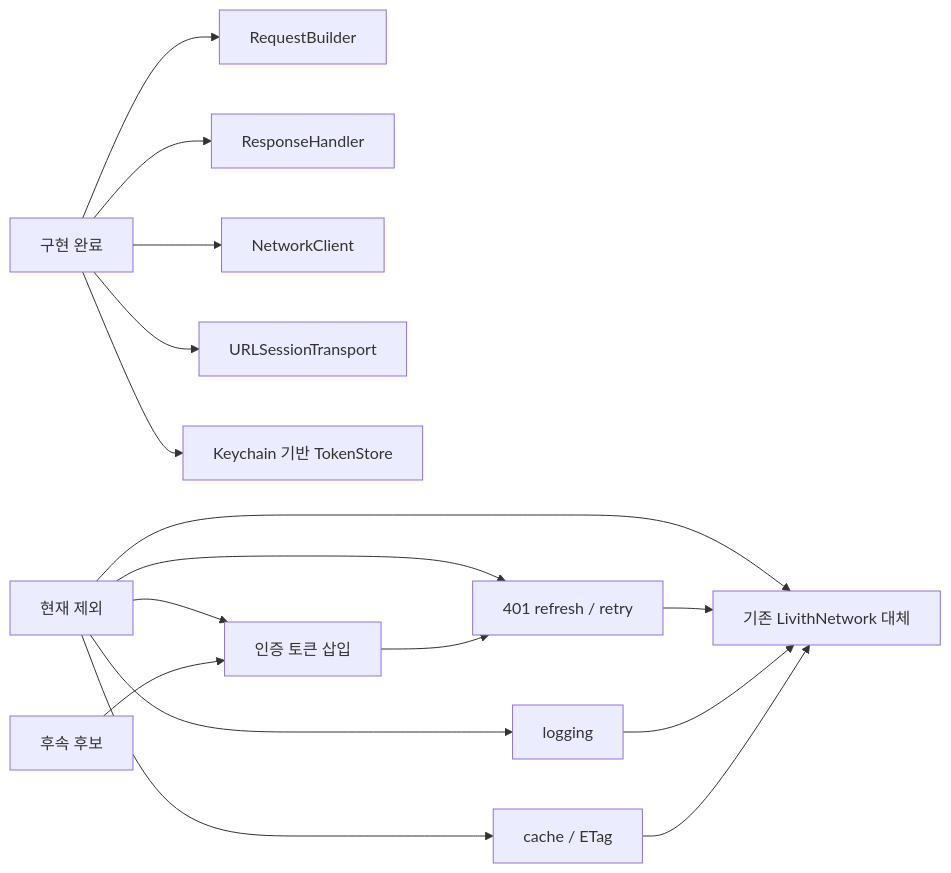
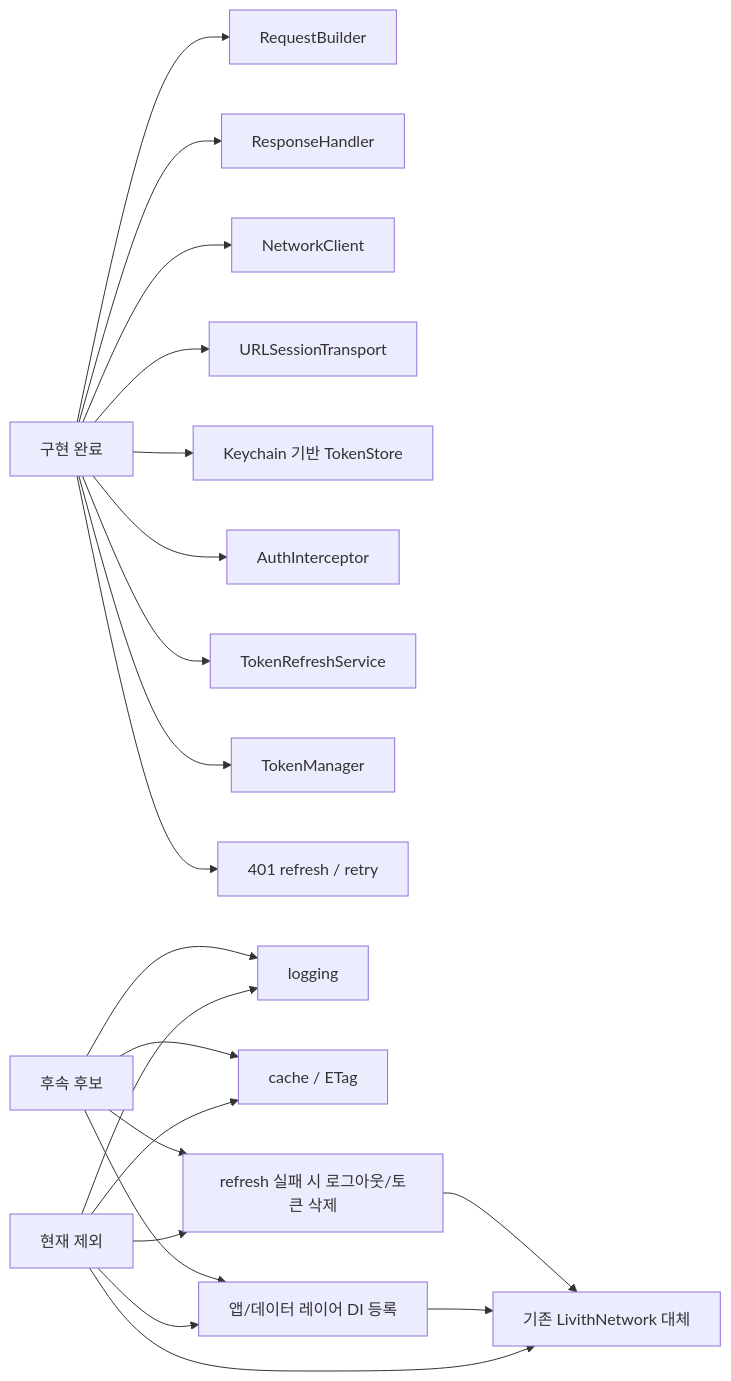
Before and after one commit to mediunn/Livith-iOS: the first of 8 diagrams in Projects/LivithNetworking/README.md, drawn with Mermaid. The commit also changed other lines of this file and 11 other files, not shown here.

First line of the commit message:
[Feat] LIVD-395 - 401 Unauthorized 대응을 위한 refresh 및 retry 흐름 구현

````diff
--- a/Projects/LivithNetworking/README.md
+++ b/Projects/LivithNetworking/README.md
@@ -7,24 +7,29 @@
 ```mermaid
 flowchart LR
     Done[구현 완료]
     Out[현재 제외]
     Next[후속 후보]
 
     Done --> Request[RequestBuilder]
     Done --> Response[ResponseHandler]
     Done --> Client[NetworkClient]
     Done --> Transport[URLSessionTransport]
     Done --> TokenStore[Keychain 기반 TokenStore]
+    Done --> Interceptor[AuthInterceptor]
+    Done --> RefreshService[TokenRefreshService]
+    Done --> TokenManager[TokenManager]
+    Done --> Retry[401 refresh / retry]
 
-    Out --> Auth[인증 토큰 삽입]
-    Out --> Refresh[401 refresh / retry]
     Out --> Logging[logging]
     Out --> Cache[cache / ETag]
+    Out --> Logout[refresh 실패 시 로그아웃/토큰 삭제]
+    Out --> DI[앱/데이터 레이어 DI 등록]
     Out --> Migration[기존 LivithNetwork 대체]
 
-    Next --> Auth
-    Auth --> Refresh
-    Refresh --> Migration
-    Logging --> Migration
-    Cache --> Migration
+    Next --> DI
+    Next --> Logout
+    Next --> Logging
+    Next --> Cache
+    DI --> Migration
+    Logout --> Migration
 ```
````
